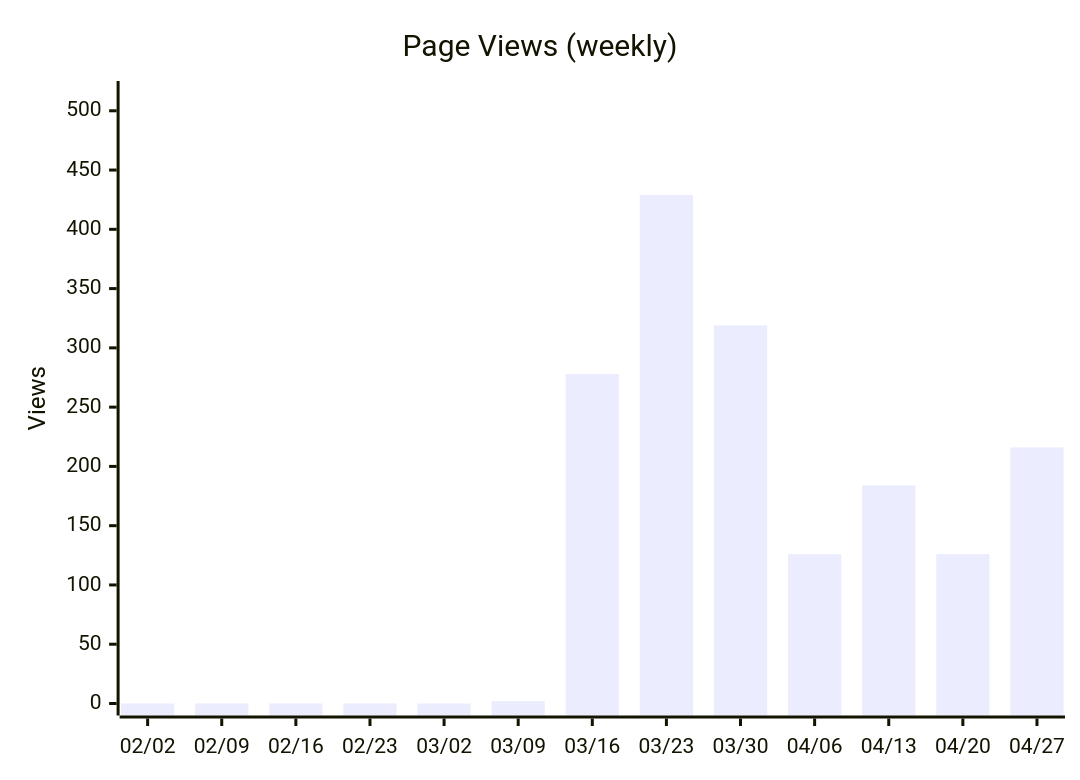
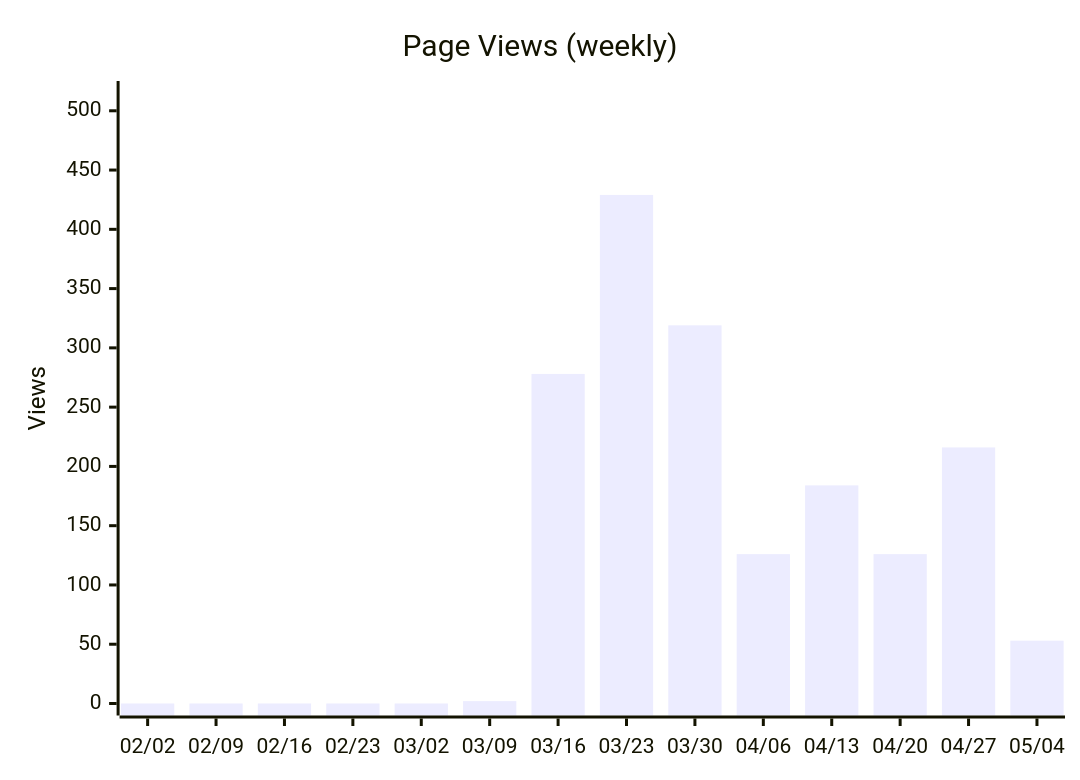
Diagram 12 of 14 in docs/metrics.md (nablarch/nabledge-dev), drawn with Mermaid before and after one commit. The commit also changed other lines of this file and 2 other files, not shown here.

````diff
--- a/docs/metrics.md
+++ b/docs/metrics.md
@@ -161,7 +161,7 @@
 ```mermaid
 xychart-beta
   title "Page Views (weekly)"
-  x-axis ["02/02", "02/09", "02/16", "02/23", "03/02", "03/09", "03/16", "03/23", "03/30", "04/06", "04/13", "04/20", "04/27"]
+  x-axis ["02/02", "02/09", "02/16", "02/23", "03/02", "03/09", "03/16", "03/23", "03/30", "04/06", "04/13", "04/20", "04/27", "05/04"]
   y-axis "Views" 0 --> 515
-  bar [0, 0, 0, 0, 0, 2, 278, 429, 319, 126, 184, 126, 216]
+  bar [0, 0, 0, 0, 0, 2, 278, 429, 319, 126, 184, 126, 216, 53]
 ```
````
